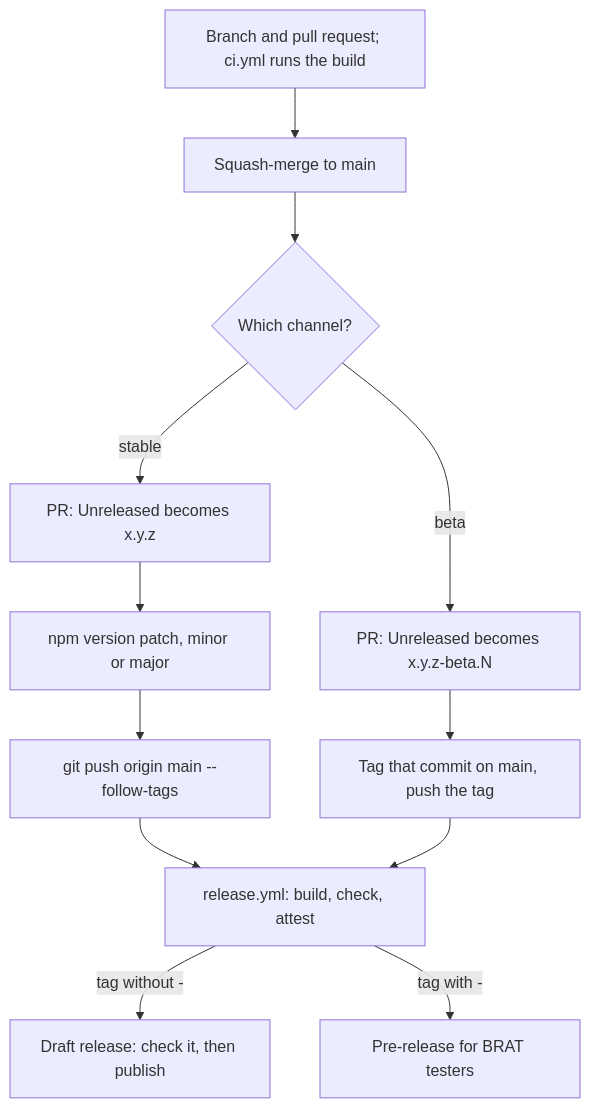
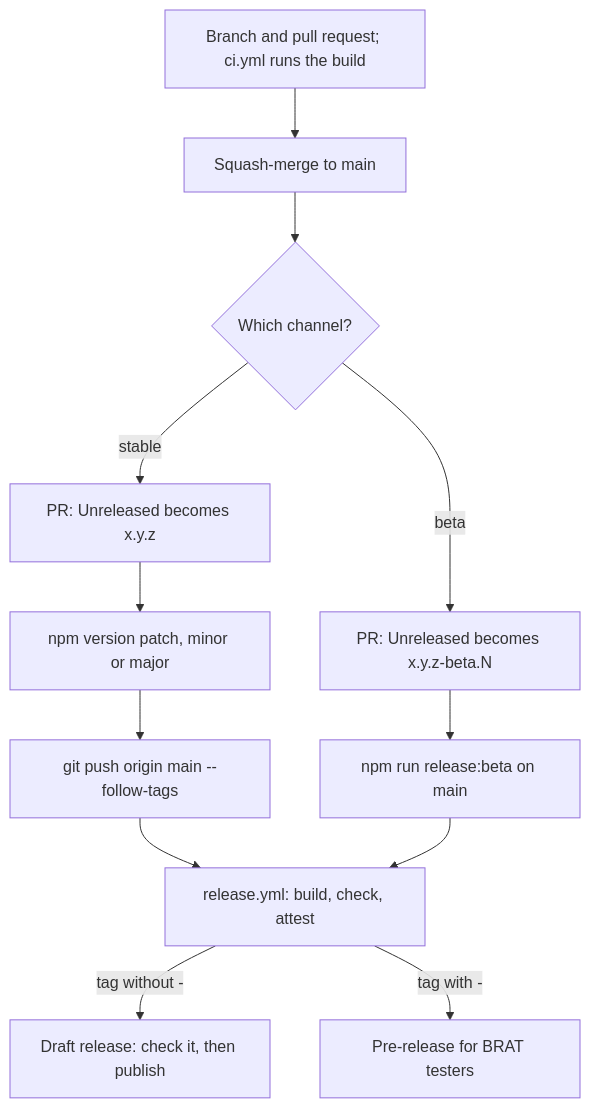
Before and after one commit to tareqayz/Obsidian-Garmin-Connect: the diagram in docs/CONTRIBUTING.md, drawn with Mermaid. The commit also changed other lines of this file and 7 other files, not shown here.

First line of the commit message:
chore(release): add npm run release:beta (#38)

````diff
--- a/docs/CONTRIBUTING.md
+++ b/docs/CONTRIBUTING.md
@@ -73,14 +73,14 @@
 ```mermaid
 flowchart TD
   branch["Branch and pull request; ci.yml runs the build"] --> merge["Squash-merge to main"]
   merge --> channel{"Which channel?"}
   channel -->|stable| stableNotes["PR: Unreleased becomes x.y.z"]
   stableNotes --> version["npm version patch, minor or major"]
   version --> push["git push origin main --follow-tags"]
   channel -->|beta| betaNotes["PR: Unreleased becomes x.y.z-beta.N"]
-  betaNotes --> tag["Tag that commit on main, push the tag"]
+  betaNotes --> tag["npm run release:beta on main"]
   push --> release["release.yml: build, check, attest"]
   tag --> release
   release -->|"tag without -"| draft["Draft release: check it, then publish"]
   release -->|"tag with -"| pre["Pre-release for BRAT testers"]
 ```
````
